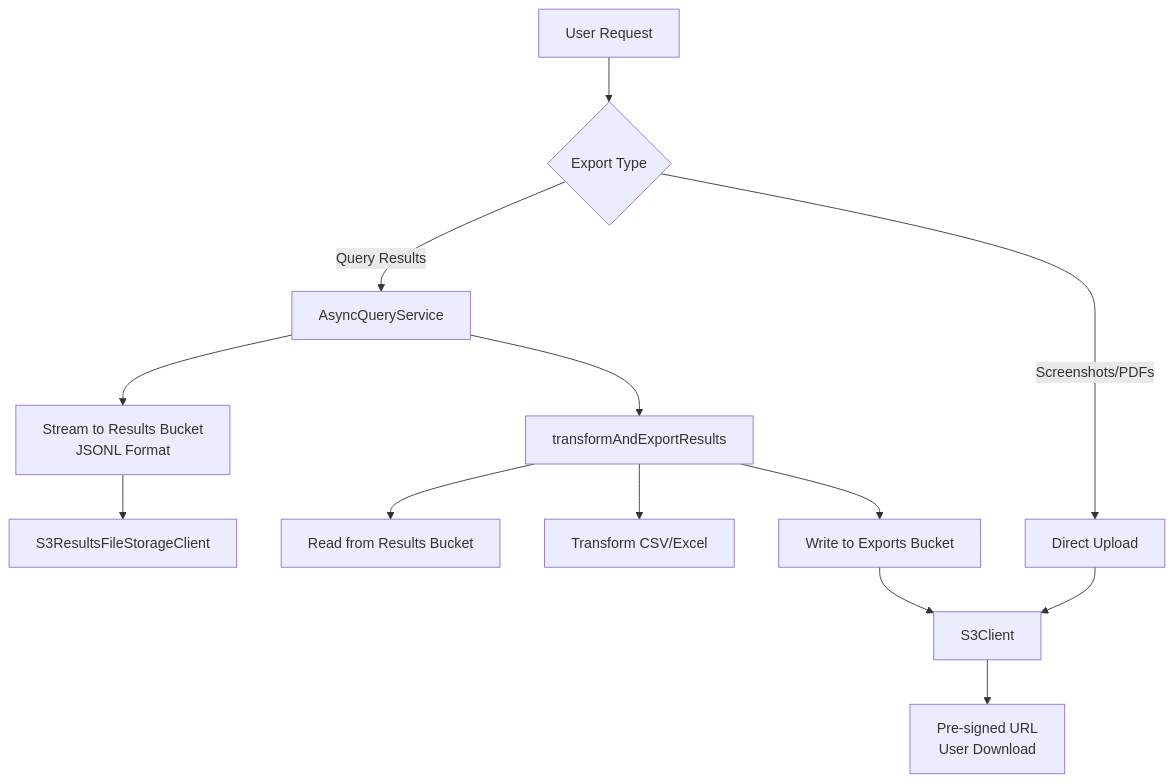
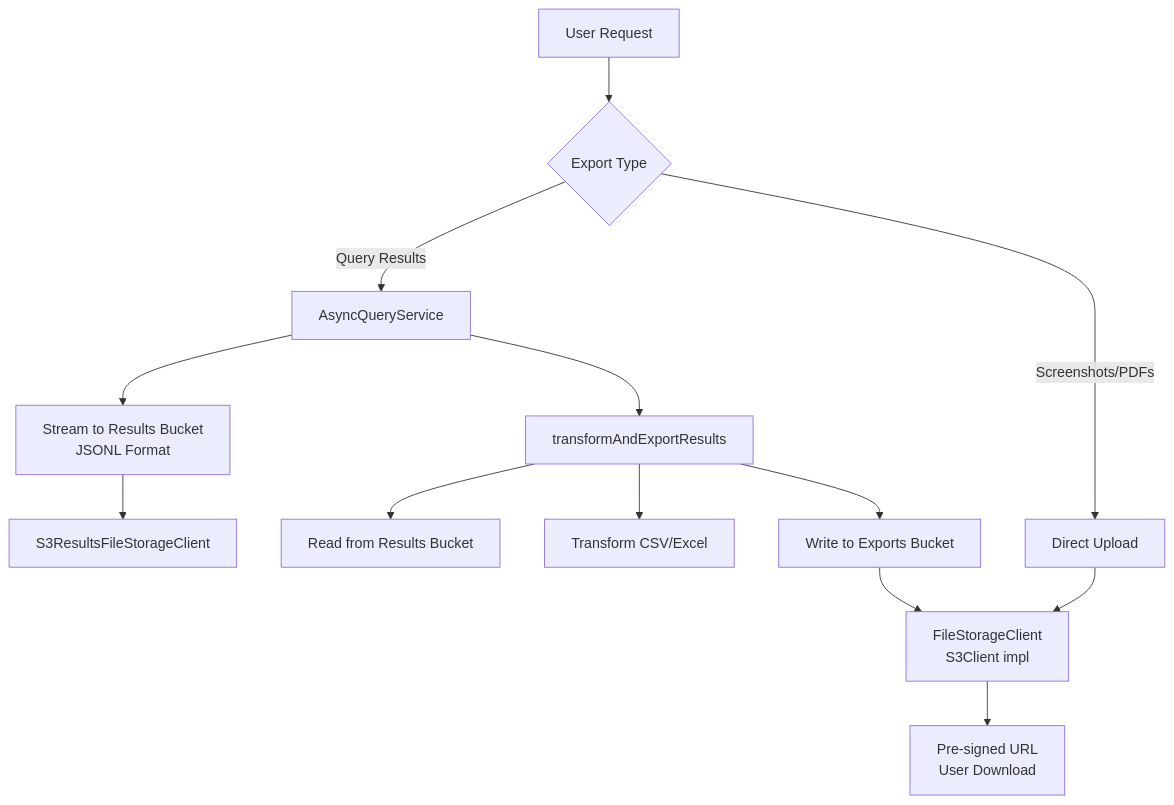
One commit to lightdash/lightdash changed the diagram in packages/backend/src/clients/Aws/CLAUDE.md. Above: the diagram before and after it, drawn with Mermaid. The commit also changed other lines of this file and 27 other files, not shown here.

First line of the commit message:
refactor(backend): introduce FileStorageClient interface to abstract file storage

````diff
--- a/packages/backend/src/clients/Aws/CLAUDE.md
+++ b/packages/backend/src/clients/Aws/CLAUDE.md
@@ -82,17 +82,17 @@
 ```mermaid
 graph TD
     A[User Request] --> B{Export Type}
     B -->|Query Results| C[AsyncQueryService]
     C --> D[Stream to Results Bucket<br/>JSONL Format]
     D --> E[S3ResultsFileStorageClient]
 
     C --> F[transformAndExportResults]
     F --> G[Read from Results Bucket]
     F --> H[Transform CSV/Excel]
     F --> I[Write to Exports Bucket]
-    I --> J[S3Client]
+    I --> J[FileStorageClient<br/>S3Client impl]
     J --> K[Pre-signed URL<br/>User Download]
 
     B -->|Screenshots/PDFs| L[Direct Upload]
     L --> J
 ```
````
